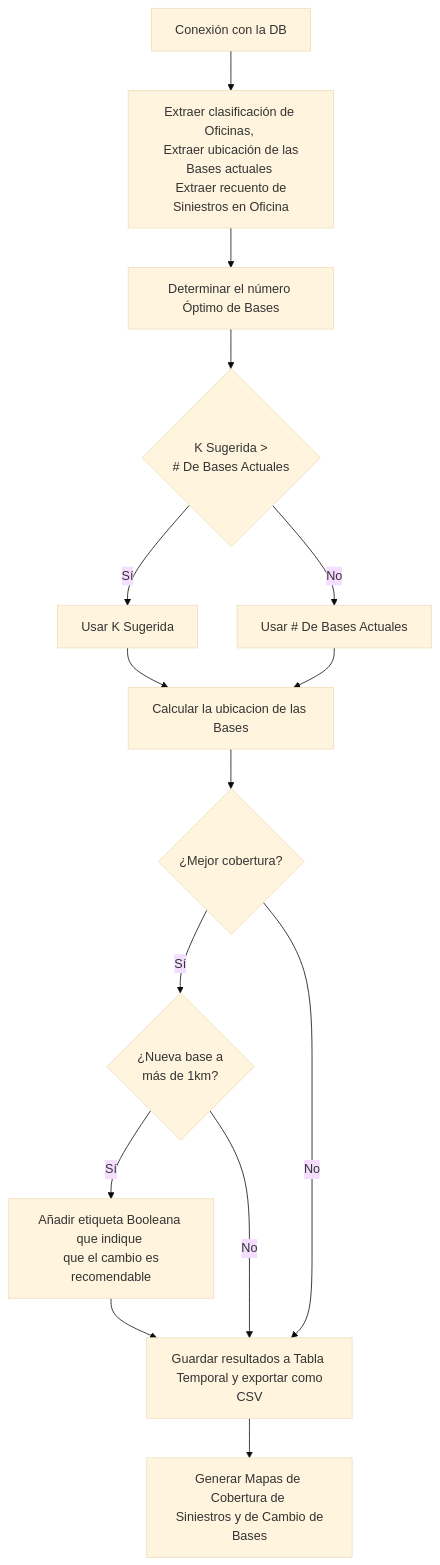
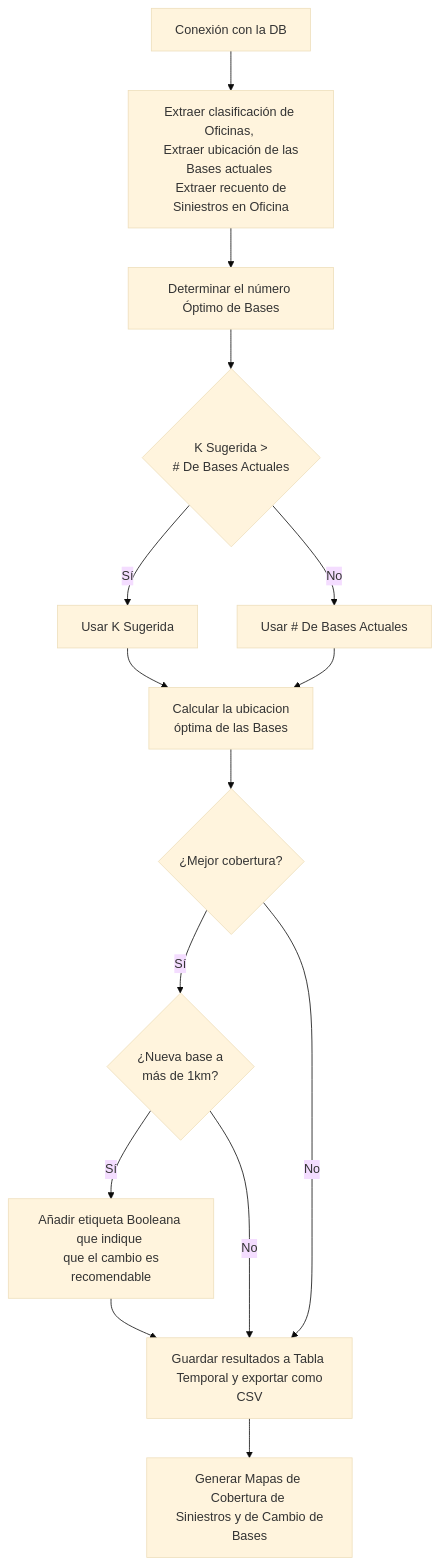
Before and after one commit to yakincc/linked-blog-starter-md: the diagram in Proyectos/Proyecto de Modificación a las Bases de Ajuste.md, drawn with Mermaid (base theme).

Commit message:
vault backup: 2024-11-19 11:21:13

````diff
--- a/Proyectos/Proyecto de Modificación a las Bases de Ajuste.md
+++ b/Proyectos/Proyecto de Modificación a las Bases de Ajuste.md
@@ -45,17 +45,17 @@
 ```mermaid
 graph TD
 	A[Conexión con la DB] --> B[Extraer clasificación de Oficinas, <br> Extraer ubicación de las Bases actuales <br> Extraer recuento de Siniestros en Oficina] 
 	B --> E[Determinar el número Óptimo de Bases]
 	E --> C{K Sugerida > <br> # De Bases Actuales}
 	C --> |Sí| D[Usar K Sugerida]
 	C --> |No| L[Usar # De Bases Actuales]
-	D --> F[Calcular la ubicacion de las Bases]
+	D --> F[Calcular la ubicacion <br> óptima de las Bases]
 	L --> F
 	F --> G{¿Mejor cobertura?}
 	G -->|Sí| H{¿Nueva base a <br> más de 1km?} 
 		H -->|Sí| J[Añadir etiqueta Booleana que indique <br> que el cambio es recomendable]
 		H -->|No|I[Guardar resultados a Tabla <br> Temporal y exportar como CSV] 
 	G -->|No| I
 	J --> I
 	I --> K[Generar Mapas de Cobertura de <br> Siniestros y de Cambio de Bases]
 ```
````
